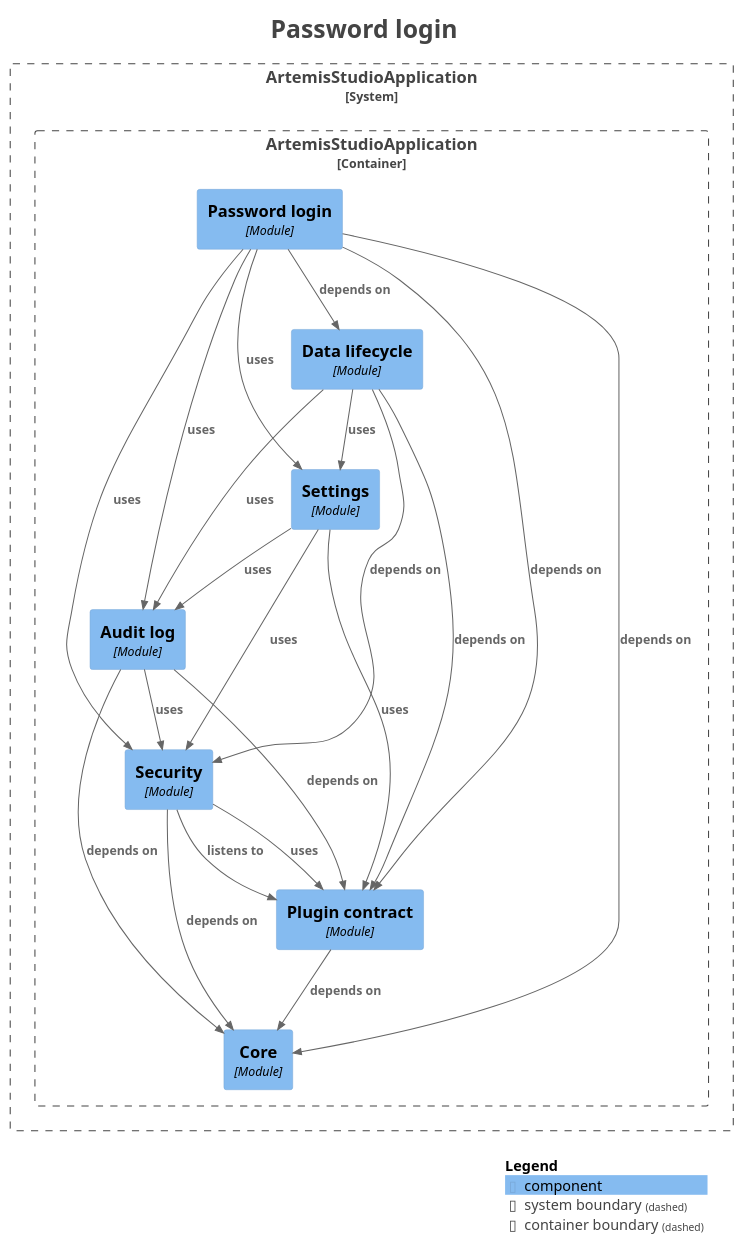
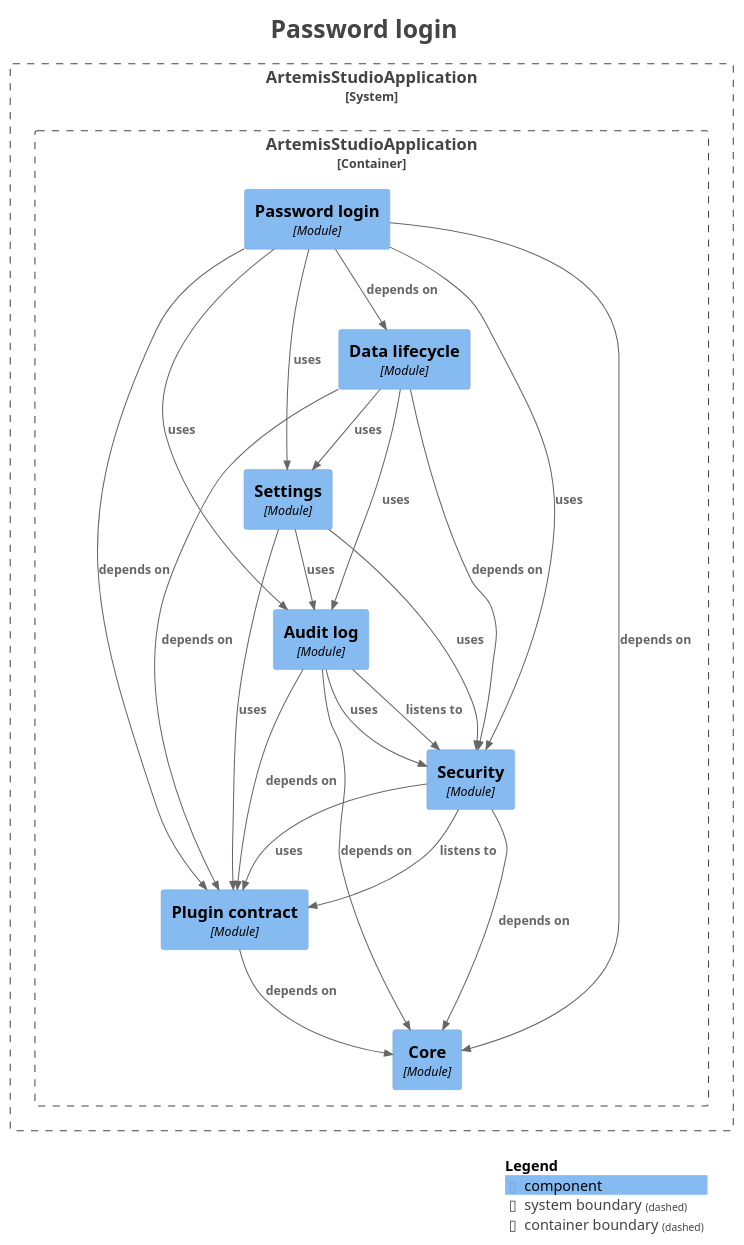
The diagram in docs/modules/module-feature.identitylocal.puml (sudoitir/artemis-studio), drawn with PlantUML before and after one commit. The commit also changed 42 other files, not shown here.

```diff
--- a/docs/modules/module-feature.identitylocal.puml
+++ b/docs/modules/module-feature.identitylocal.puml
@@ -1,54 +1,55 @@
 @startuml
 title <size:24>Password login</size>
 
 set separator none
 top to bottom direction
 
 <style>
   root {
     BackgroundColor: #ffffff
     FontColor: #444444
   }
 </style>
 
 !include <C4/C4>
 !include <C4/C4_Context>
 !include <C4/C4_Component>
 
 System_Boundary("ArtemisStudioApplication_boundary", "ArtemisStudioApplication", $tags="") {
   Container_Boundary("ArtemisStudioApplication.ArtemisStudioApplication_boundary", "ArtemisStudioApplication", $tags="") {
     Component(ArtemisStudioApplication.ArtemisStudioApplication.Settings, "Settings", $techn="Module", $descr="", $tags="", $link="")
     Component(ArtemisStudioApplication.ArtemisStudioApplication.Datalifecycle, "Data lifecycle", $techn="Module", $descr="", $tags="", $link="")
     Component(ArtemisStudioApplication.ArtemisStudioApplication.Passwordlogin, "Password login", $techn="Module", $descr="", $tags="", $link="")
     Component(ArtemisStudioApplication.ArtemisStudioApplication.Core, "Core", $techn="Module", $descr="", $tags="", $link="")
     Component(ArtemisStudioApplication.ArtemisStudioApplication.Plugincontract, "Plugin contract", $techn="Module", $descr="", $tags="", $link="")
     Component(ArtemisStudioApplication.ArtemisStudioApplication.Security, "Security", $techn="Module", $descr="", $tags="", $link="")
     Component(ArtemisStudioApplication.ArtemisStudioApplication.Auditlog, "Audit log", $techn="Module", $descr="", $tags="", $link="")
   }
 
 }
 
 Rel(ArtemisStudioApplication.ArtemisStudioApplication.Auditlog, ArtemisStudioApplication.ArtemisStudioApplication.Core, "depends on", $techn="", $tags="", $link="")
 Rel(ArtemisStudioApplication.ArtemisStudioApplication.Auditlog, ArtemisStudioApplication.ArtemisStudioApplication.Plugincontract, "depends on", $techn="", $tags="", $link="")
+Rel(ArtemisStudioApplication.ArtemisStudioApplication.Auditlog, ArtemisStudioApplication.ArtemisStudioApplication.Security, "listens to", $techn="", $tags="", $link="")
 Rel(ArtemisStudioApplication.ArtemisStudioApplication.Auditlog, ArtemisStudioApplication.ArtemisStudioApplication.Security, "uses", $techn="", $tags="", $link="")
 Rel(ArtemisStudioApplication.ArtemisStudioApplication.Datalifecycle, ArtemisStudioApplication.ArtemisStudioApplication.Auditlog, "uses", $techn="", $tags="", $link="")
 Rel(ArtemisStudioApplication.ArtemisStudioApplication.Datalifecycle, ArtemisStudioApplication.ArtemisStudioApplication.Plugincontract, "depends on", $techn="", $tags="", $link="")
 Rel(ArtemisStudioApplication.ArtemisStudioApplication.Datalifecycle, ArtemisStudioApplication.ArtemisStudioApplication.Security, "depends on", $techn="", $tags="", $link="")
 Rel(ArtemisStudioApplication.ArtemisStudioApplication.Datalifecycle, ArtemisStudioApplication.ArtemisStudioApplication.Settings, "uses", $techn="", $tags="", $link="")
 Rel(ArtemisStudioApplication.ArtemisStudioApplication.Passwordlogin, ArtemisStudioApplication.ArtemisStudioApplication.Auditlog, "uses", $techn="", $tags="", $link="")
 Rel(ArtemisStudioApplication.ArtemisStudioApplication.Passwordlogin, ArtemisStudioApplication.ArtemisStudioApplication.Core, "depends on", $techn="", $tags="", $link="")
 Rel(ArtemisStudioApplication.ArtemisStudioApplication.Passwordlogin, ArtemisStudioApplication.ArtemisStudioApplication.Datalifecycle, "depends on", $techn="", $tags="", $link="")
 Rel(ArtemisStudioApplication.ArtemisStudioApplication.Passwordlogin, ArtemisStudioApplication.ArtemisStudioApplication.Plugincontract, "depends on", $techn="", $tags="", $link="")
 Rel(ArtemisStudioApplication.ArtemisStudioApplication.Passwordlogin, ArtemisStudioApplication.ArtemisStudioApplication.Security, "uses", $techn="", $tags="", $link="")
 Rel(ArtemisStudioApplication.ArtemisStudioApplication.Passwordlogin, ArtemisStudioApplication.ArtemisStudioApplication.Settings, "uses", $techn="", $tags="", $link="")
 Rel(ArtemisStudioApplication.ArtemisStudioApplication.Plugincontract, ArtemisStudioApplication.ArtemisStudioApplication.Core, "depends on", $techn="", $tags="", $link="")
 Rel(ArtemisStudioApplication.ArtemisStudioApplication.Security, ArtemisStudioApplication.ArtemisStudioApplication.Core, "depends on", $techn="", $tags="", $link="")
 Rel(ArtemisStudioApplication.ArtemisStudioApplication.Security, ArtemisStudioApplication.ArtemisStudioApplication.Plugincontract, "listens to", $techn="", $tags="", $link="")
 Rel(ArtemisStudioApplication.ArtemisStudioApplication.Security, ArtemisStudioApplication.ArtemisStudioApplication.Plugincontract, "uses", $techn="", $tags="", $link="")
 Rel(ArtemisStudioApplication.ArtemisStudioApplication.Settings, ArtemisStudioApplication.ArtemisStudioApplication.Auditlog, "uses", $techn="", $tags="", $link="")
 Rel(ArtemisStudioApplication.ArtemisStudioApplication.Settings, ArtemisStudioApplication.ArtemisStudioApplication.Plugincontract, "uses", $techn="", $tags="", $link="")
 Rel(ArtemisStudioApplication.ArtemisStudioApplication.Settings, ArtemisStudioApplication.ArtemisStudioApplication.Security, "uses", $techn="", $tags="", $link="")
 
 SHOW_LEGEND(true)
 hide stereotypes
 @enduml
```
